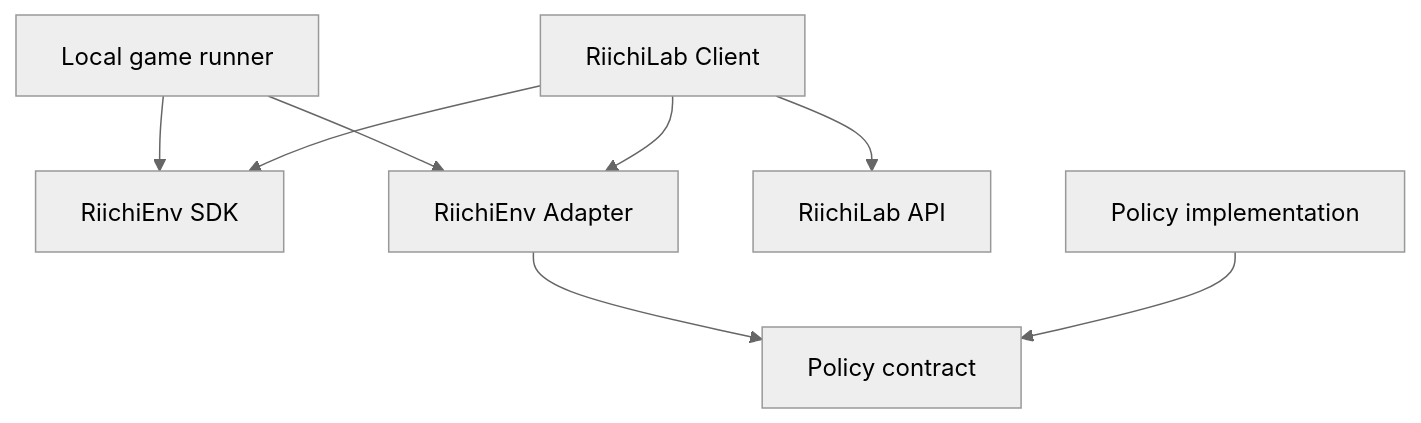
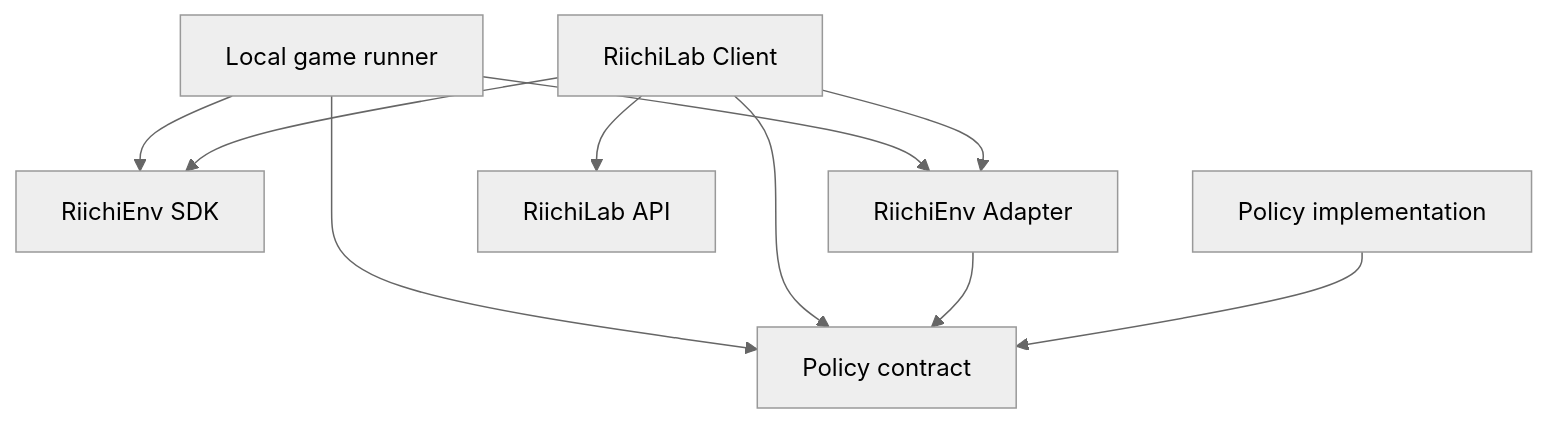
One commit to lisbun/lisjong changed the diagram in docs/architecture.md. Above: the diagram before and after it, drawn with Mermaid (neutral theme). The commit also changed other lines of this file, not shown here.

````diff
--- a/docs/architecture.md
+++ b/docs/architecture.md
@@ -110,10 +121,12 @@
 ```mermaid
 flowchart TD
     Runner["Local game runner"] --> SDK["RiichiEnv SDK"]
     Runner --> Adapter["RiichiEnv Adapter"]
+    Runner --> Contract["Policy contract"]
     Client["RiichiLab Client"] --> LabAPI["RiichiLab API"]
     Client --> SDK
     Client --> Adapter
-    Adapter --> Contract["Policy contract"]
+    Client --> Contract
+    Adapter --> Contract
     Impl["Policy implementation"] --> Contract
 ```
````
